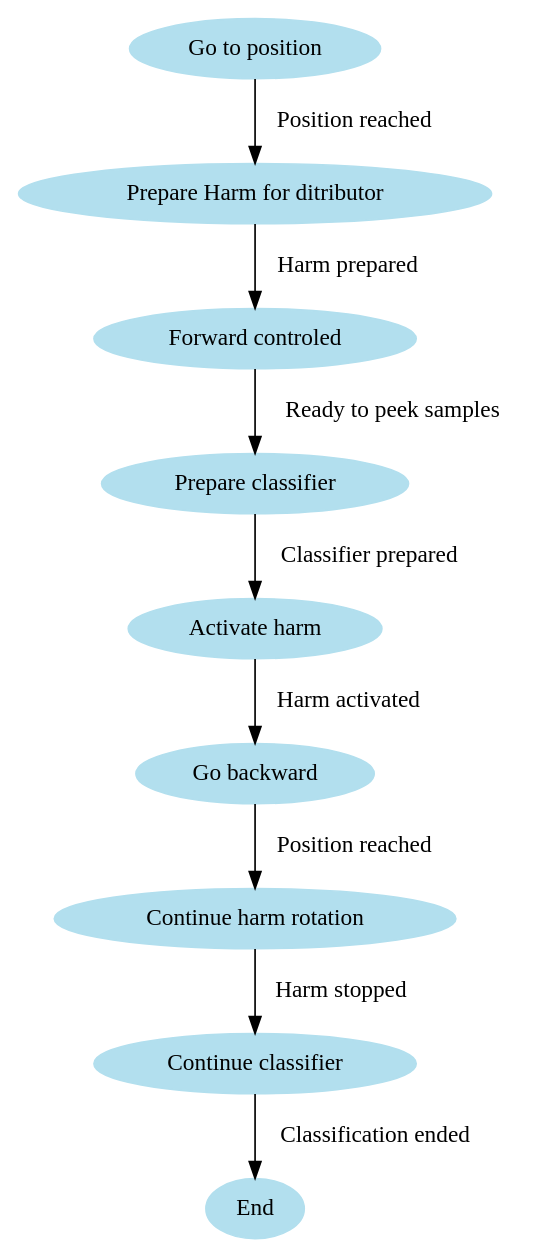
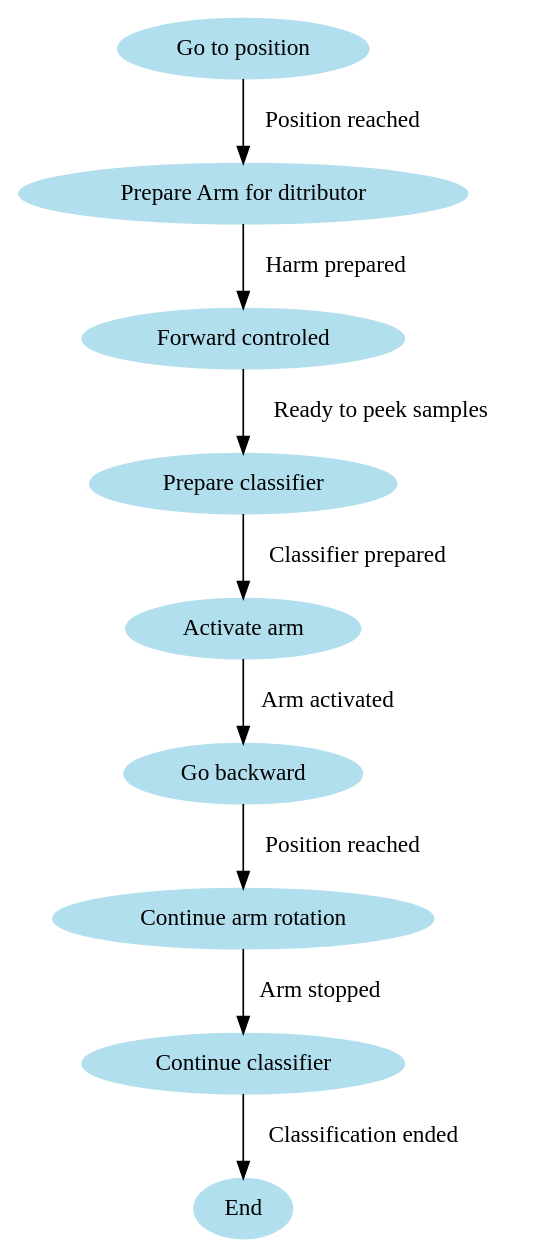
One commit to oliv5/apbteam changed the diagram in digital/io/doc/getSamplesFsm.dot. Above: the diagram before and after it, drawn with Graphviz. The commit also changed 3 other files, not shown here.

```diff
--- a/digital/io/doc/getSamplesFsm.dot
+++ b/digital/io/doc/getSamplesFsm.dot
@@ -1,13 +1,13 @@
 /* IO.avr module. Get Samples Final State Machine */
 digraph GetSamplesFsm 
 {
 	node [color=lightblue2, style=filled];
-	"Go to position" -> "Prepare Harm for ditributor" [label = "Position reached"];
-	"Prepare Harm for ditributor" -> "Forward controled" [label = "Harm prepared"];
+	"Go to position" -> "Prepare Arm for ditributor" [label = "Position reached"];
+	"Prepare Arm for ditributor" -> "Forward controled" [label = "Harm prepared"];
 	"Forward controled" -> "Prepare classifier" [label = "Ready to peek samples"];
-	"Prepare classifier" -> "Activate harm" [label = "Classifier prepared"];
-	"Activate harm" -> "Go backward" [label = "Harm activated"];
-	"Go backward" -> "Continue harm rotation" [label = "Position reached"];
-	"Continue harm rotation" -> "Continue classifier" [label = "Harm stopped"];
+	"Prepare classifier" -> "Activate arm" [label = "Classifier prepared"];
+	"Activate arm" -> "Go backward" [label = "Arm activated"];
+	"Go backward" -> "Continue arm rotation" [label = "Position reached"];
+	"Continue arm rotation" -> "Continue classifier" [label = "Arm stopped"];
 	"Continue classifier" -> End [label = "Classification ended"];
 }
```
